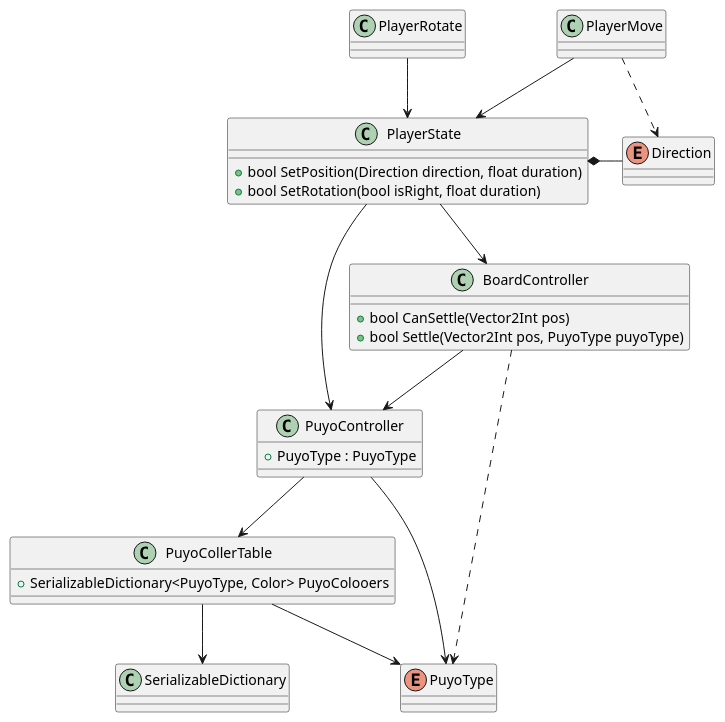
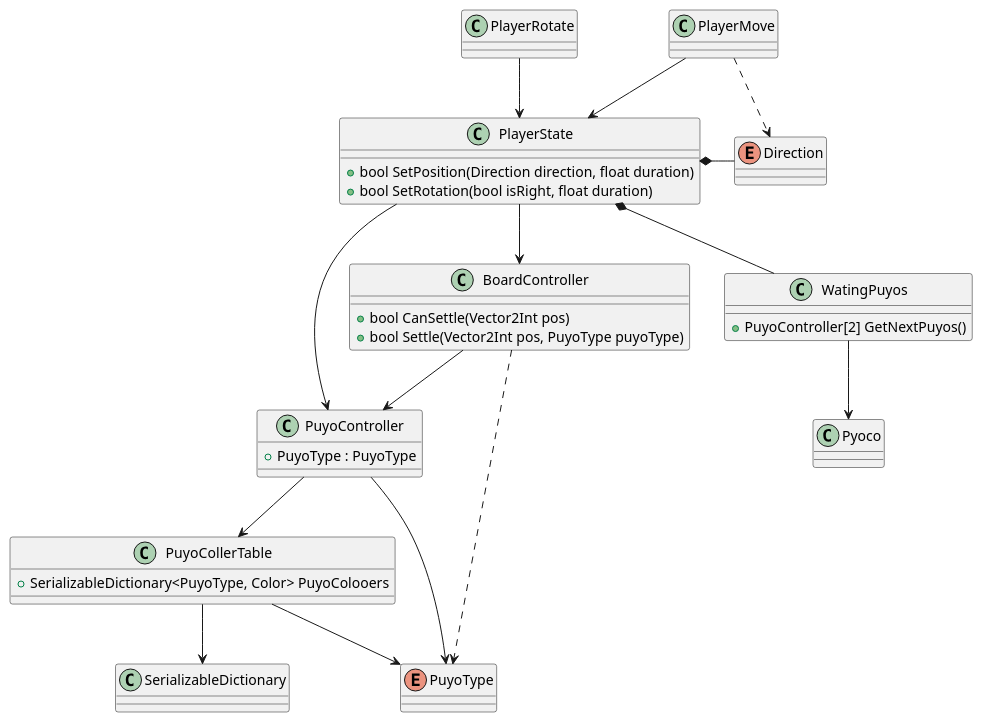
One commit to snnn30/UniteBlocks changed the diagram in puyopuyo.pu. Above: the diagram before and after it, drawn with PlantUML. The commit also changed 2 other files, not shown here.

```diff
--- a/puyopuyo.pu
+++ b/puyopuyo.pu
@@ -1,38 +1,43 @@
 @startuml hoge
 class BoardController{
     +bool CanSettle(Vector2Int pos) 
     +bool Settle(Vector2Int pos, PuyoType puyoType)
 }
 class PuyoController{
     +PuyoType : PuyoType
 }
 class PuyoCollerTable{
     +SerializableDictionary<PuyoType, Color> PuyoColooers
 }
 class SerializableDictionary
 enum PuyoType
 
 class PlayerRotate
 class PlayerMove
 class PlayerState{
     +bool SetPosition(Direction direction, float duration)
     +bool SetRotation(bool isRight, float duration)
 }
 enum Direction
+class WatingPuyos{
+    +PuyoController[2] GetNextPuyos()
+}
 
 BoardController --> PuyoController
 BoardController ..> PuyoType
 PuyoController --> PuyoCollerTable
 PuyoController --> PuyoType
 PuyoCollerTable --> SerializableDictionary
 PuyoCollerTable --> PuyoType
 
 PlayerRotate --> PlayerState
 PlayerMove --> PlayerState
 PlayerMove ..> Direction
 PlayerState --> PuyoController
 PlayerState --> BoardController
 PlayerState *- Direction
+PlayerState *-- WatingPuyos
+WatingPuyos --> Pyoco
 
 
 @enduml
```
